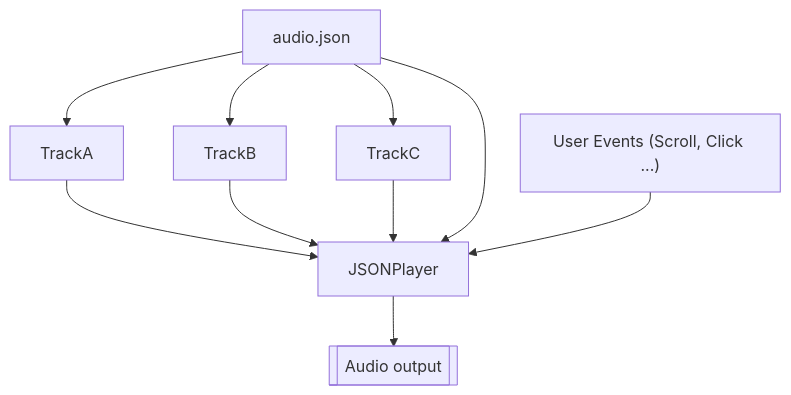
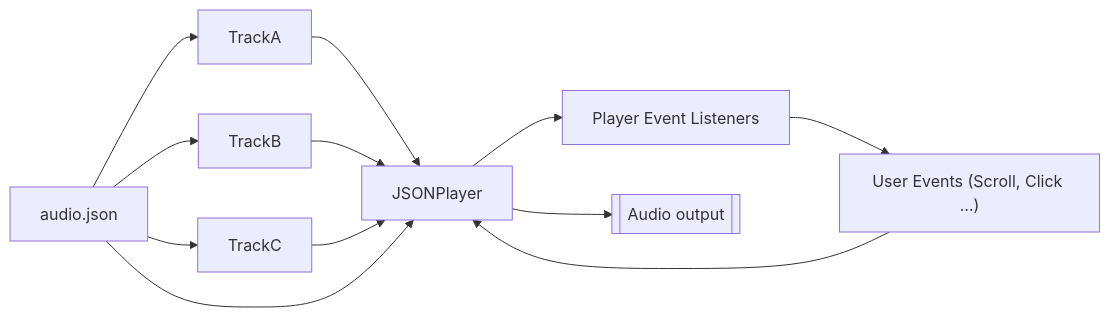
Before and after one commit to purewack/jsong-audio: the diagram in README.md, drawn with Mermaid. The commit also changed other lines of this file and 2 other files, not shown here.

````diff
--- a/README.md
+++ b/README.md
@@ -8,19 +8,22 @@
 ```mermaid
-graph TD
+graph LR
   a[TrackA];
   b[TrackB];
   c[TrackC];
   ev["User Events (Scroll, Click ...)"]
   player[JSONPlayer]
+  callbacks[Player Event Listeners]
   m[audio.json]
 
   a --> player
   b --> player
   c --> player
   m --> player
   m --> a
   m --> b
   m --> c
+  player --> callbacks
+  callbacks --> ev
   ev --> player
   player --> o[[Audio output]]
 ```
````
